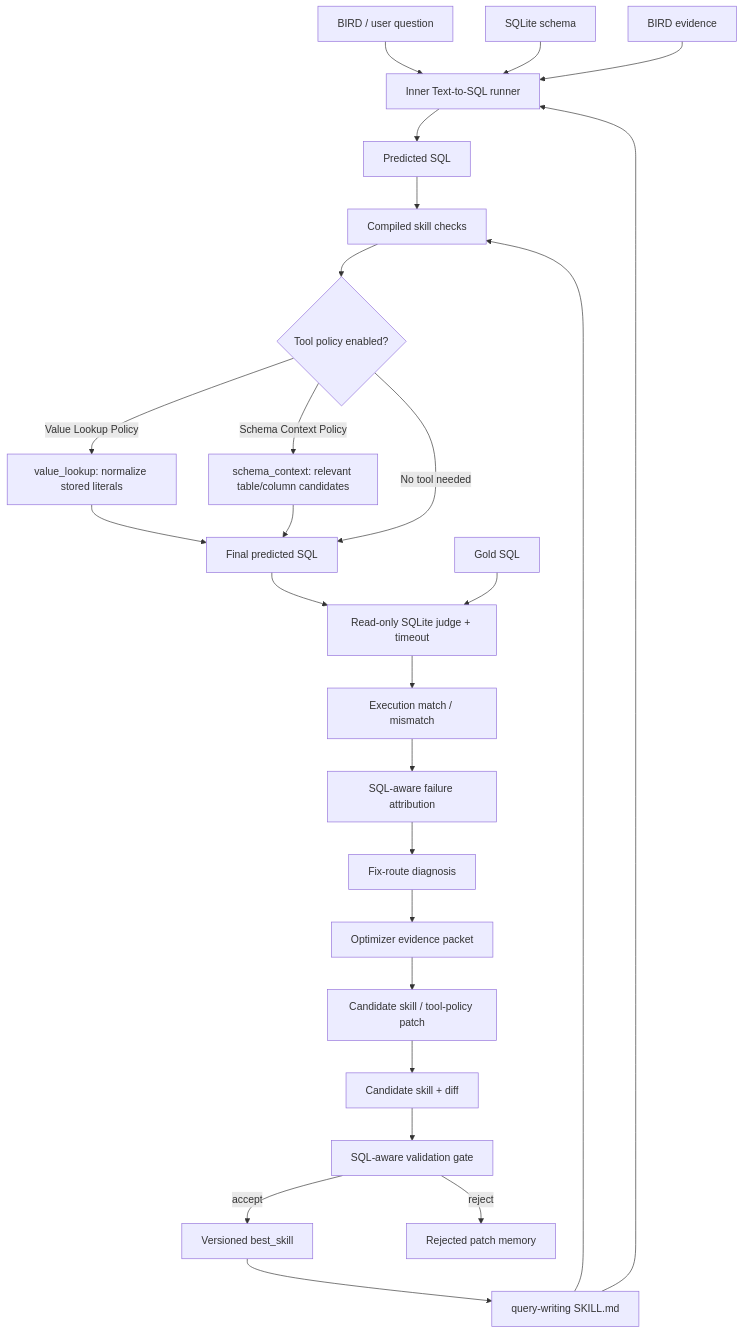
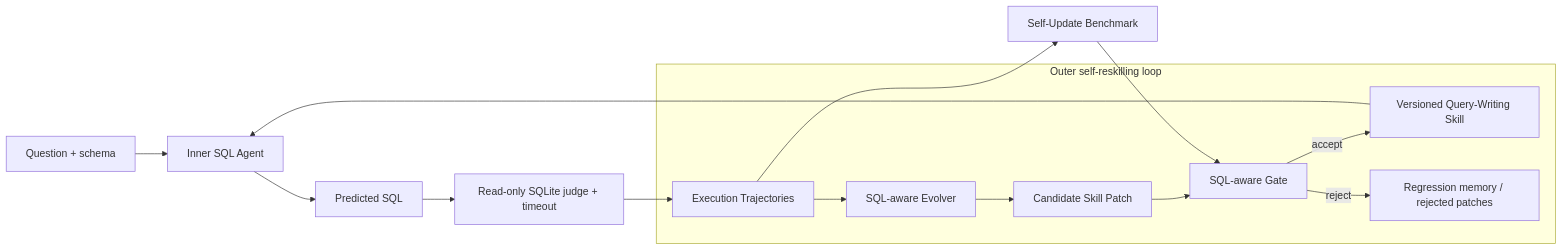
The first of 2 diagrams in docs/ARCHITECTURE.md (jxwfdpt42t-ship-it/ReskillSQL), drawn with Mermaid before and after one commit. The commit also changed other lines of this file and 2 other files, not shown here.

Commit message:
docs: improve project showcase and benchmark guide

````diff
--- a/docs/ARCHITECTURE.md
+++ b/docs/ARCHITECTURE.md
@@ -5,28 +7,19 @@
 ```mermaid
-flowchart TB
-    Q[BIRD / user question] --> IR[Inner Text-to-SQL runner]
-    Skill[query-writing SKILL.md] --> IR
-    Schema[SQLite schema] --> IR
-    Evidence[BIRD evidence] --> IR
-    IR --> SQL[Predicted SQL]
-    SQL --> Checks[Compiled skill checks]
-    Skill --> Checks
-    Checks --> Tools{Tool policy enabled?}
-    Tools -->|Value Lookup Policy| VL[value_lookup: normalize stored literals]
-    Tools -->|Schema Context Policy| SC[schema_context: relevant table/column candidates]
-    VL --> FinalSQL[Final predicted SQL]
-    SC --> FinalSQL
-    Tools -->|No tool needed| FinalSQL
-    FinalSQL --> Judge[Read-only SQLite judge + timeout]
-    Gold[Gold SQL] --> Judge
-    Judge --> Result[Execution match / mismatch]
-    Result --> Analyzer[SQL-aware failure attribution]
-    Analyzer --> Route[Fix-route diagnosis]
-    Route --> Packet[Optimizer evidence packet]
-    Packet --> Patch[Candidate skill / tool-policy patch]
-    Patch --> Candidate[Candidate skill + diff]
-    Candidate --> Gate[SQL-aware validation gate]
-    Gate -->|accept| Version[Versioned best_skill]
-    Gate -->|reject| Reject[Rejected patch memory]
-    Version --> Skill
+flowchart LR
+    Q[Question + schema] --> IA[Inner SQL Agent]
+    IA --> SQL[Predicted SQL]
+    SQL --> J[Read-only SQLite judge + timeout]
+    J --> ET[Execution Trajectories]
+
+    subgraph Outer[Outer self-reskilling loop]
+        ET --> EV[SQL-aware Evolver]
+        EV --> CP[Candidate Skill Patch]
+        CP --> G[SQL-aware Gate]
+        G -->|accept| VS[Versioned Query-Writing Skill]
+        G -->|reject| RM[Regression memory / rejected patches]
+    end
+
+    VS --> IA
+    ET --> B[Self-Update Benchmark]
+    B --> G
 ```
````
